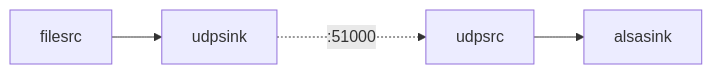
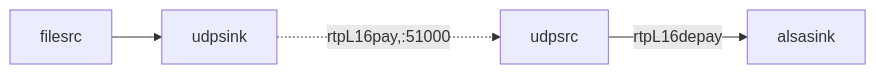
One commit to lankahsu520/HelperX changed diagram 11 of 31 in helper_GStreamer.md. Above: the diagram before and after it, drawn with Mermaid. The commit also changed other lines of this file, not shown here.

````diff
--- a/helper_GStreamer.md
+++ b/helper_GStreamer.md
@@ -318,9 +322,9 @@
 ```mermaid
 flowchart LR
 	filesrc[filesrc]
 	udpsink[udpsink]
 	udpsrc[udpsrc]
     alsasink[alsasink]
 
-	filesrc --> udpsink ..-> |:51000| udpsrc --> alsasink
+	filesrc --> udpsink ..-> |rtpL16pay,:51000| udpsrc --> |rtpL16depay| alsasink
 ```
````
